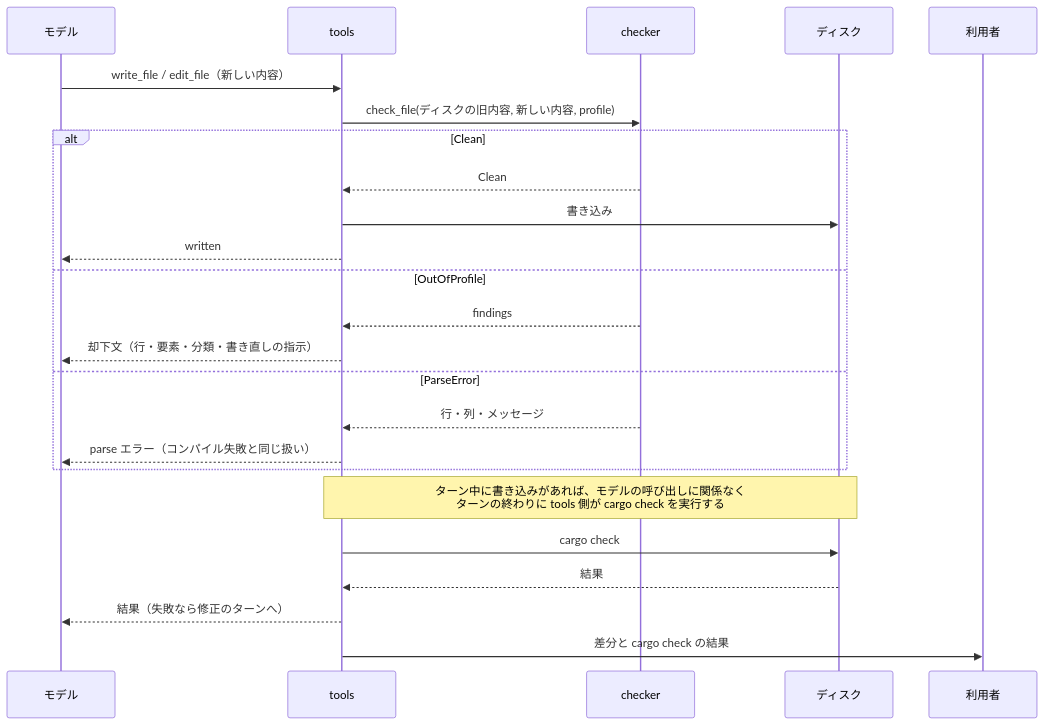
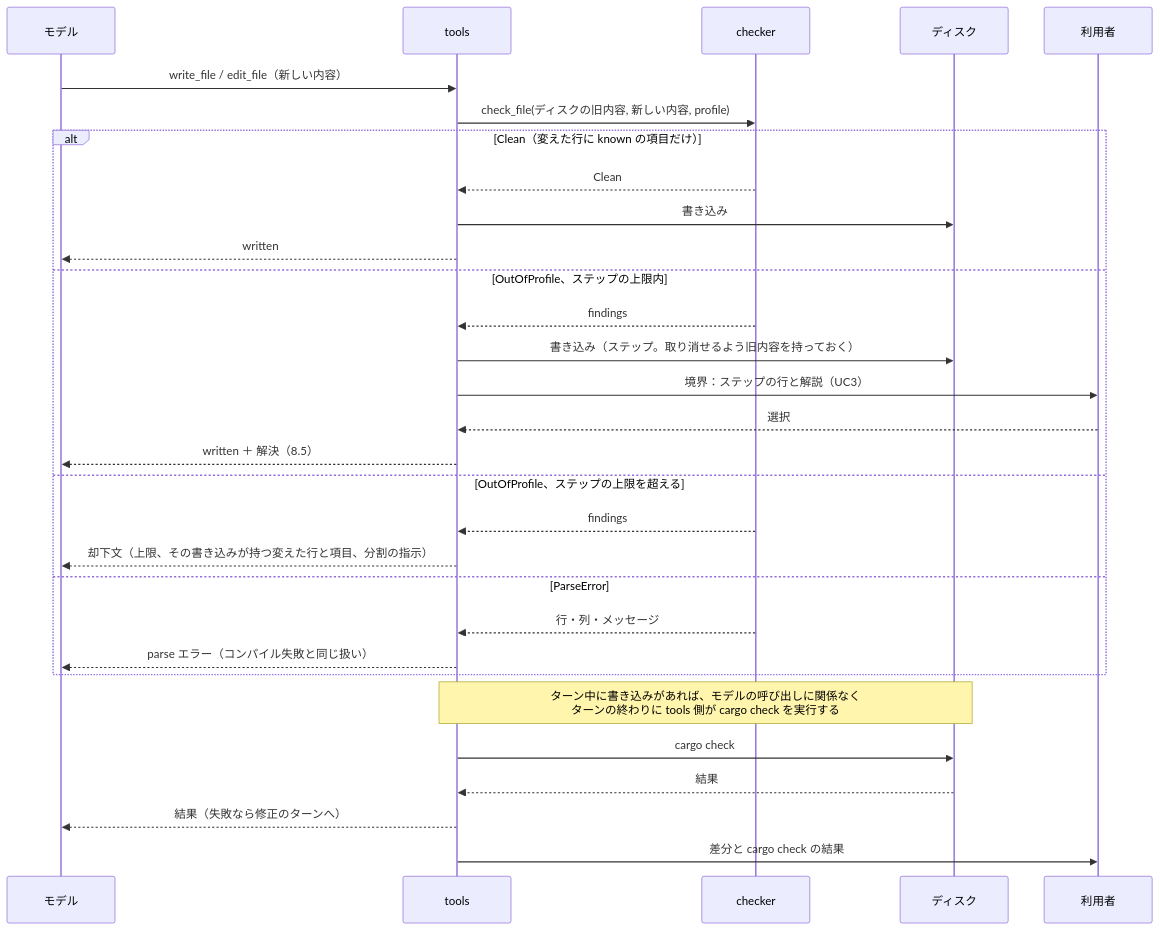
The eighth of 9 diagrams in PRD.ja.md (sumiredc/molt), drawn with Mermaid before and after one commit. The commit also changed other lines of this file and 1 other file, not shown here.

````diff
--- a/PRD.ja.md
+++ b/PRD.ja.md
@@ -346,26 +358,32 @@
 ```mermaid
 sequenceDiagram
   participant L as モデル
   participant T as tools
   participant C as checker
   participant D as ディスク
   participant U as 利用者
   L->>T: write_file / edit_file（新しい内容）
   T->>C: check_file(ディスクの旧内容, 新しい内容, profile)
-  alt Clean
+  alt Clean（変えた行に known の項目だけ）
     C-->>T: Clean
     T->>D: 書き込み
     T-->>L: written
-  else OutOfProfile
+  else OutOfProfile、ステップの上限内
     C-->>T: findings
-    T-->>L: 却下文（行・要素・分類・書き直しの指示）
+    T->>D: 書き込み（ステップ。取り消せるよう旧内容を持っておく）
+    T->>U: 境界：ステップの行と解説（UC3）
+    U-->>T: 選択
+    T-->>L: written ＋ 解決（8.5）
+  else OutOfProfile、ステップの上限を超える
+    C-->>T: findings
+    T-->>L: 却下文（上限、その書き込みが持つ変えた行と項目、分割の指示）
   else ParseError
     C-->>T: 行・列・メッセージ
     T-->>L: parse エラー（コンパイル失敗と同じ扱い）
   end
   Note over T,D: ターン中に書き込みがあれば、モデルの呼び出しに関係なく<br/>ターンの終わりに tools 側が cargo check を実行する
   T->>D: cargo check
   D-->>T: 結果
   T-->>L: 結果（失敗なら修正のターンへ）
   T->>U: 差分と cargo check の結果
 ```
````
